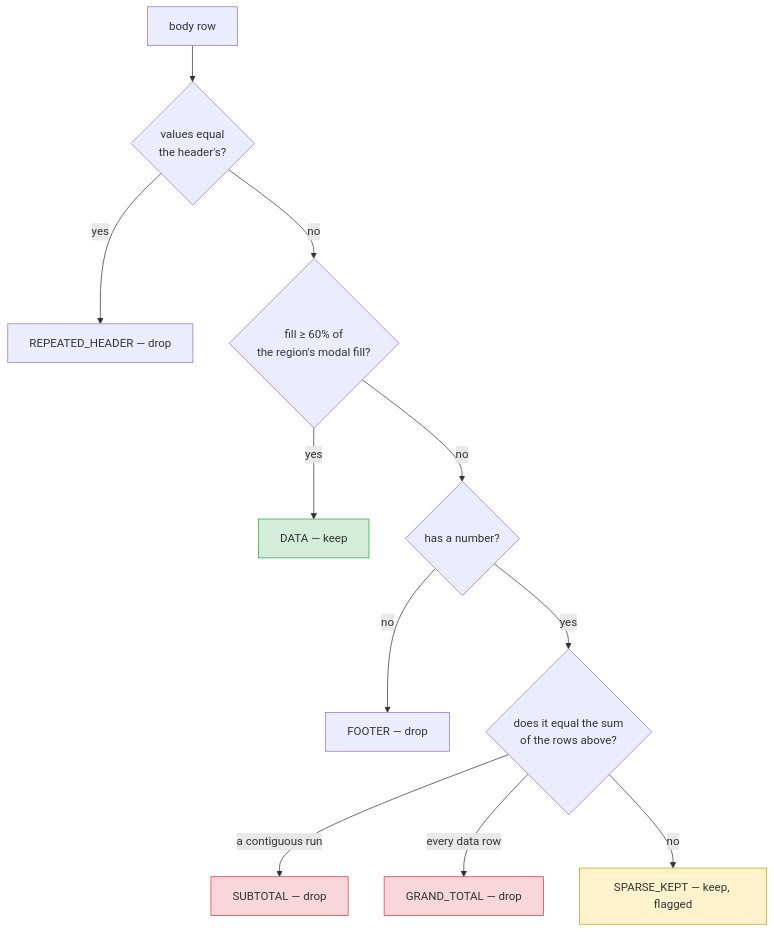
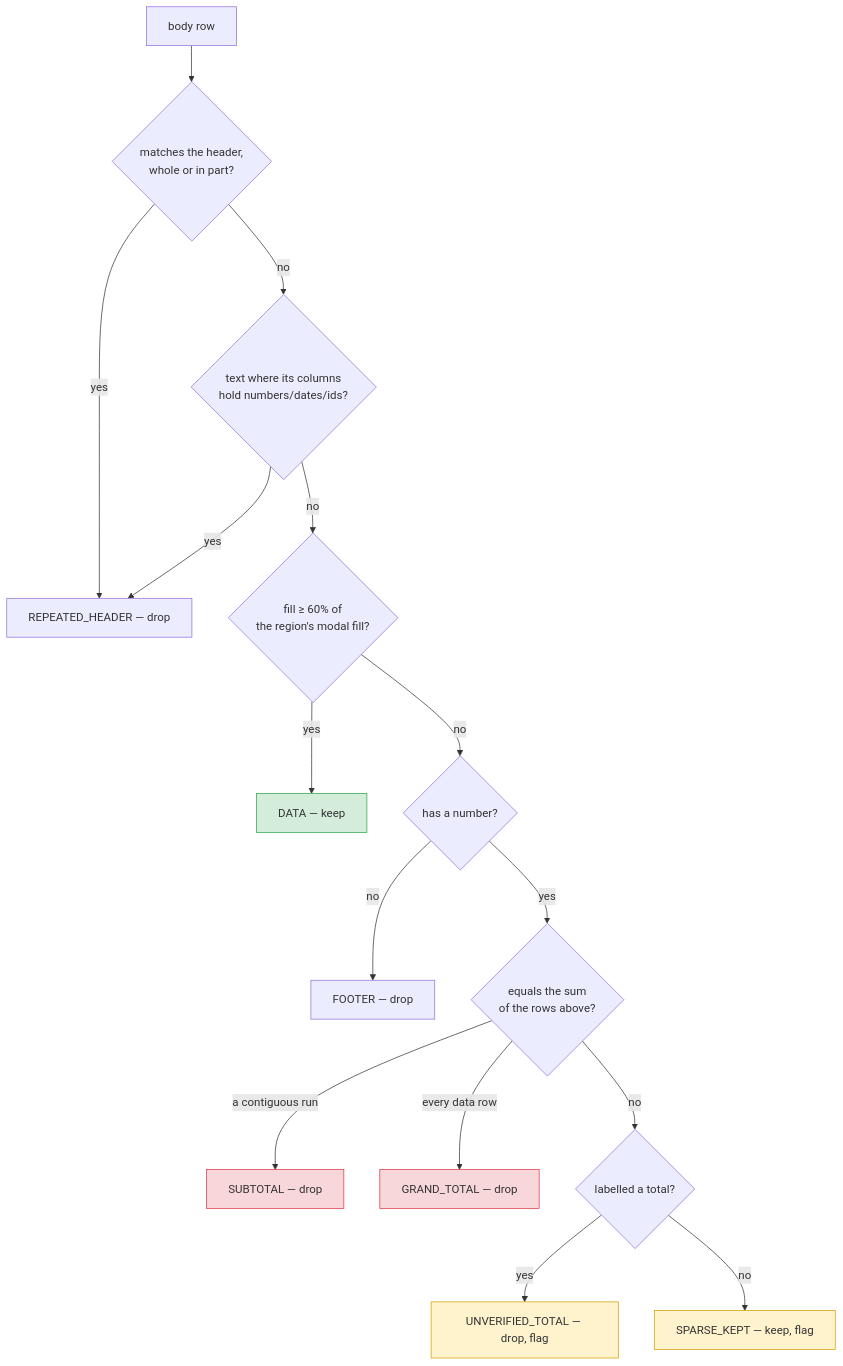
Before and after one commit to rahul-neogi-exavalu/Dirty_excel_cleaner: the third of 4 diagrams in ARCHITECTURE.md, drawn with Mermaid. The commit also changed other lines of this file and 127 other files, not shown here.

````diff
--- a/ARCHITECTURE.md
+++ b/ARCHITECTURE.md
@@ -186,18 +250,23 @@
 ```mermaid
 flowchart TD
-    ROW["body row"] --> RH{"values equal<br/>the header's?"}
+    ROW["body row"] --> RH{"matches the header,<br/>whole or in part?"}
     RH -->|yes| REP["REPEATED_HEADER — drop"]
-    RH -->|no| SP{"fill ≥ 60% of<br/>the region's modal fill?"}
+    RH -->|no| RS{"text where its columns<br/>hold numbers/dates/ids?"}
+    RS -->|yes| REP
+    RS -->|no| SP{"fill ≥ 60% of<br/>the region's modal fill?"}
     SP -->|yes| DATA["DATA — keep"]
     SP -->|no| NUM{"has a number?"}
     NUM -->|no| FOOT["FOOTER — drop"]
-    NUM -->|yes| AR{"does it equal the sum<br/>of the rows above?"}
+    NUM -->|yes| AR{"equals the sum<br/>of the rows above?"}
     AR -->|"a contiguous run"| SUB["SUBTOTAL — drop"]
     AR -->|"every data row"| GT["GRAND_TOTAL — drop"]
-    AR -->|no| KEPT["SPARSE_KEPT — keep, flagged"]
+    AR -->|no| TX{"labelled a total?"}
+    TX -->|yes| UT["UNVERIFIED_TOTAL — drop, flag"]
+    TX -->|no| KEPT["SPARSE_KEPT — keep, flag"]
 
     style DATA fill:#d4edda,stroke:#28a745
     style KEPT fill:#fff3cd,stroke:#d39e00
+    style UT fill:#fff3cd,stroke:#d39e00
     style SUB fill:#f8d7da,stroke:#dc3545
     style GT fill:#f8d7da,stroke:#dc3545
 ```
````
